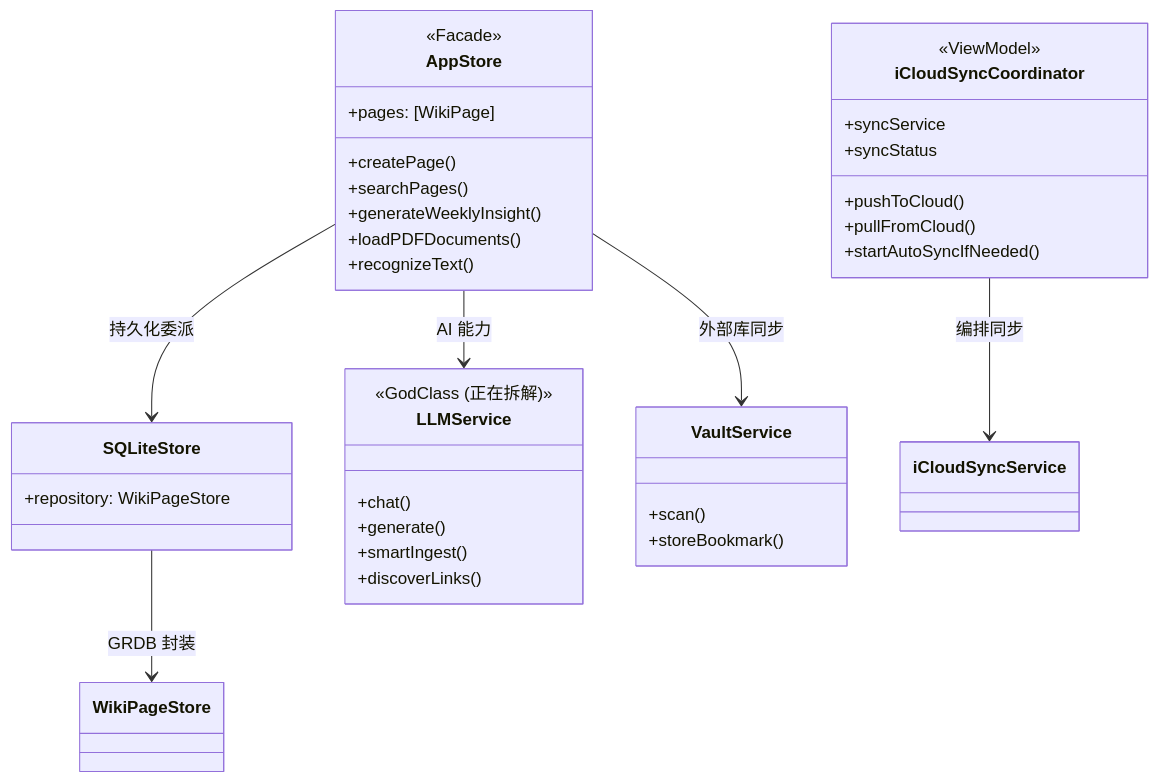
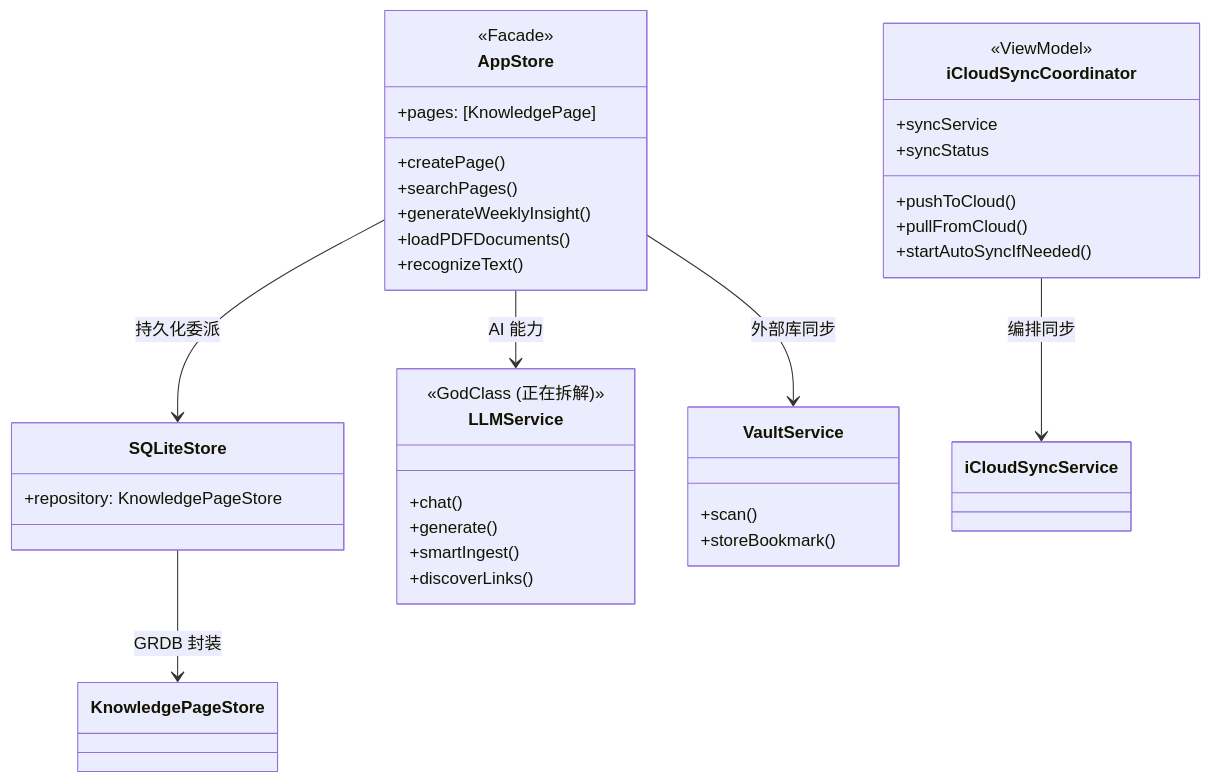
One commit to wangchong2023/zhiyu changed the first of 4 diagrams in Docs/Architecture/ARCHITECTURE_4PLUS1.md. Above: the diagram before and after it, drawn with Mermaid. The commit also changed other lines of this file and 12 other files, not shown here.

````diff
--- a/Docs/Architecture/ARCHITECTURE_4PLUS1.md
+++ b/Docs/Architecture/ARCHITECTURE_4PLUS1.md
@@ -19,40 +19,40 @@
 ```mermaid
 classDiagram
     class iCloudSyncCoordinator {
         <<ViewModel>>
         +syncService
         +syncStatus
         +pushToCloud()
         +pullFromCloud()
         +startAutoSyncIfNeeded()
     }
     class AppStore {
         <<Facade>>
-        +pages: [WikiPage]
+        +pages: [KnowledgePage]
         +createPage()
         +searchPages()
         +generateWeeklyInsight()
         +loadPDFDocuments()
         +recognizeText()
     }
     class SQLiteStore {
-        +repository: WikiPageStore
+        +repository: KnowledgePageStore
     }
     class LLMService {
         <<GodClass (正在拆解)>>
         +chat()
         +generate()
         +smartIngest()
         +discoverLinks()
     }
     class VaultService {
         +scan()
         +storeBookmark()
     }
     
     iCloudSyncCoordinator --> iCloudSyncService : 编排同步
     AppStore --> SQLiteStore : 持久化委派
     AppStore --> LLMService : AI 能力
     AppStore --> VaultService : 外部库同步
-    SQLiteStore --> WikiPageStore : GRDB 封装
+    SQLiteStore --> KnowledgePageStore : GRDB 封装
 ```
````
